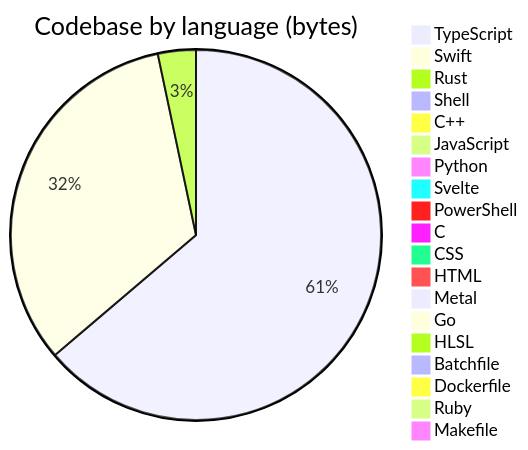
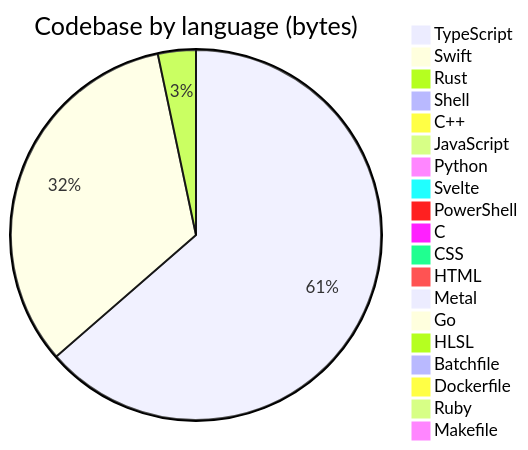
Before and after one commit to Open330/.github: the diagram in profile/README.md, drawn with Mermaid. The commit also changed other lines of this file, not shown here.

````diff
--- a/profile/README.md
+++ b/profile/README.md
@@ -130,22 +130,22 @@
 ```mermaid
 pie title Codebase by language (bytes)
     "TypeScript" : 34372299
-    "Swift" : 17739817
-    "Rust" : 1786157
-    "Shell" : 473339
+    "Swift" : 17875425
+    "Rust" : 1789508
+    "Shell" : 475058
     "C++" : 388775
     "JavaScript" : 306983
     "Python" : 297585
     "Svelte" : 143451
     "PowerShell" : 128198
     "C" : 114143
     "CSS" : 103462
     "HTML" : 42579
     "Metal" : 33033
     "Go" : 22811
     "HLSL" : 7527
     "Batchfile" : 5870
     "Dockerfile" : 4893
     "Ruby" : 1554
     "Makefile" : 1150
 ```
````
